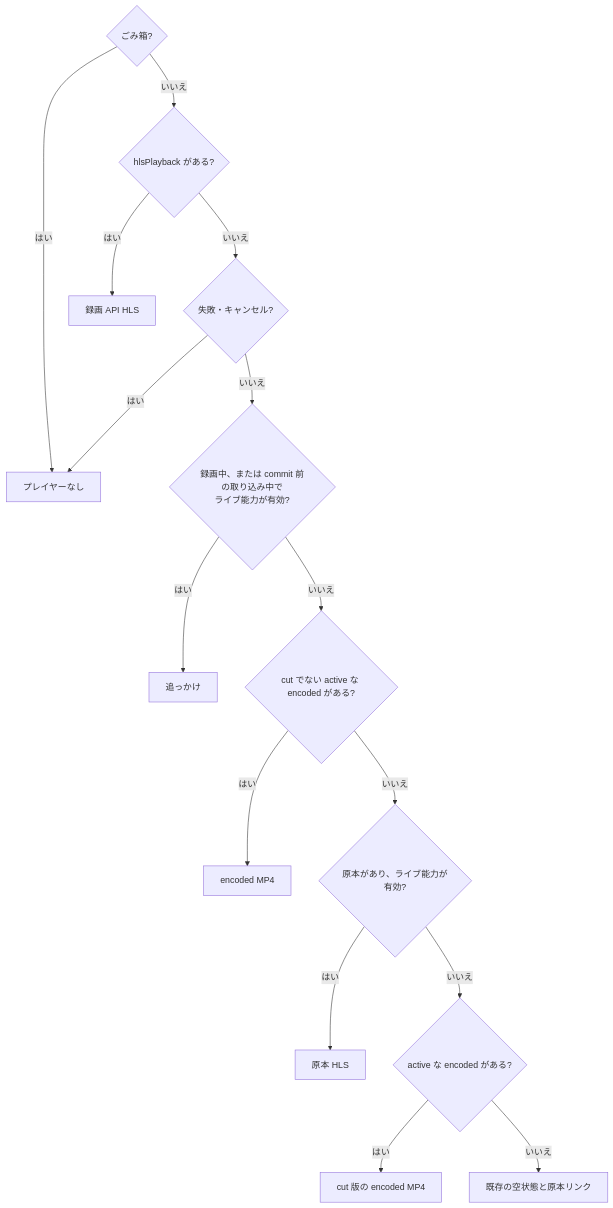
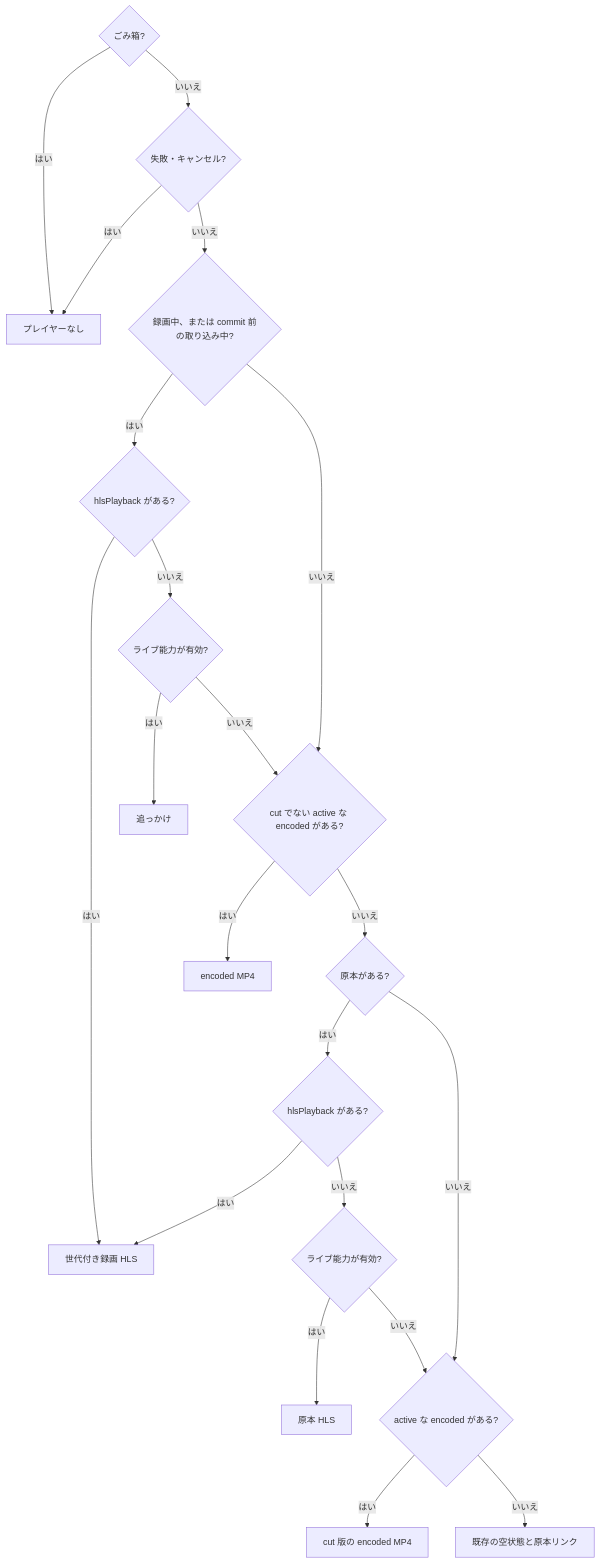
The diagram in docs/frontend/recordings/playback.md (fetburner/rokuban), drawn with Mermaid before and after one commit. The commit also changed other lines of this file and 6 other files, not shown here.

First line of the commit message:
fix: 録画 API HLS の再生元選択を追っかけ・原本 VOD の位置に限る

````diff
--- a/docs/frontend/recordings/playback.md
+++ b/docs/frontend/recordings/playback.md
@@ -11,17 +11,23 @@
 ```mermaid
 flowchart TD
   A{ごみ箱?} -->|はい| N[プレイヤーなし]
-  A -->|いいえ| B{hlsPlayback がある?}
-  B -->|はい| C[録画 API HLS]
-  B -->|いいえ| D{失敗・キャンセル?}
+  A -->|いいえ| D{失敗・キャンセル?}
   D -->|はい| N
-  D -->|いいえ| E{録画中、または commit 前の取り込み中で<br>ライブ能力が有効?}
-  E -->|はい| F[追っかけ]
+  D -->|いいえ| E{録画中、または commit 前の取り込み中?}
+  E -->|はい| E2{hlsPlayback がある?}
+  E2 -->|はい| C[世代付き録画 HLS]
+  E2 -->|いいえ| E3{ライブ能力が有効?}
+  E3 -->|はい| F[追っかけ]
+  E3 -->|いいえ| G
   E -->|いいえ| G{cut でない active な encoded がある?}
   G -->|はい| H[encoded MP4]
-  G -->|いいえ| I{原本があり、ライブ能力が有効?}
-  I -->|はい| J[原本 HLS]
+  G -->|いいえ| I{原本がある?}
+  I -->|はい| I2{hlsPlayback がある?}
+  I2 -->|はい| C
+  I2 -->|いいえ| I3{ライブ能力が有効?}
+  I3 -->|はい| J[原本 HLS]
+  I3 -->|いいえ| K
   I -->|いいえ| K{active な encoded がある?}
   K -->|はい| L[cut 版の encoded MP4]
   K -->|いいえ| M[既存の空状態と原本リンク]
 ```
````
